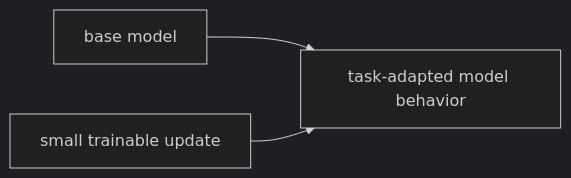
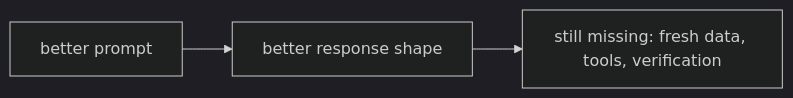
One commit to devchan64/AiBook changed the diagram in docs/parts/part-05/chapter-09/section-02.md. Above: the diagram before and after it, drawn with Mermaid (dark theme). The commit also changed other lines of this file and 47 other files, not shown here.

````diff
--- a/docs/parts/part-05/chapter-09/section-02.md
+++ b/docs/parts/part-05/chapter-09/section-02.md
@@ -121,9 +106,8 @@
 ```mermaid
 flowchart LR
-  A["base model"]
-  B["small trainable update"]
-  C["task-adapted model behavior"]
+  A["better prompt"]
+  B["better response shape"]
+  C["still missing: fresh data, tools, verification"]
 
-  A --> C
-  B --> C
+  A --> B --> C
 ```
````
